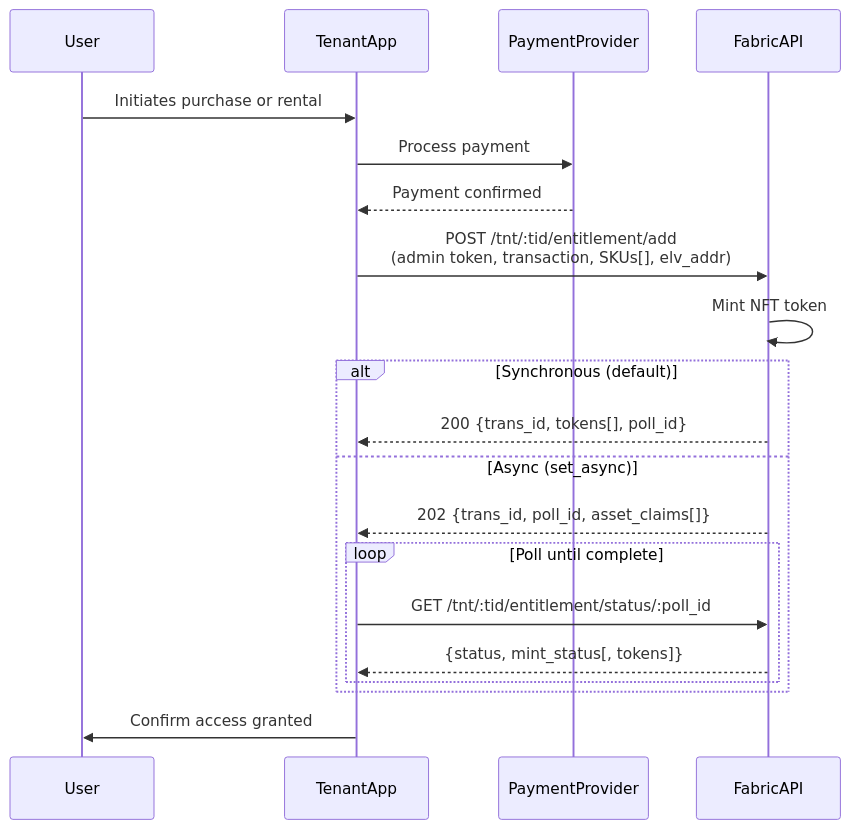
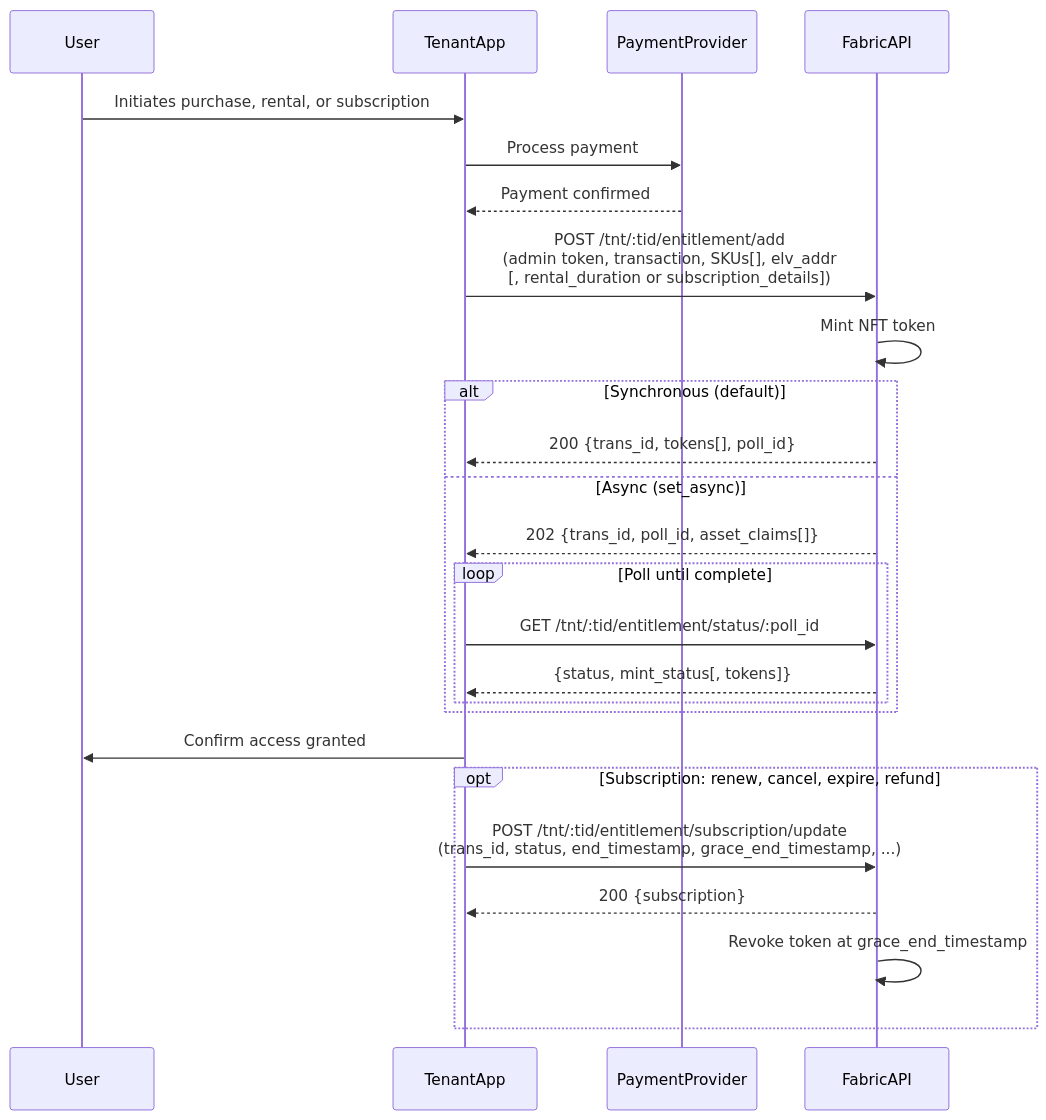
One commit to eluv-io/elv-docs changed the diagram in media-wallet/purchase/entitlements/README.md. Above: the diagram before and after it, drawn with Mermaid. The commit also changed other lines of this file and 8 other files, not shown here.

````diff
--- a/media-wallet/purchase/entitlements/README.md
+++ b/media-wallet/purchase/entitlements/README.md
@@ -10,25 +11,31 @@
 ```mermaid
 sequenceDiagram
     participant User
     participant TenantApp
     participant PaymentProvider
     participant FabricAPI
 
-    User->>TenantApp: Initiates purchase or rental
+    User->>TenantApp: Initiates purchase, rental, or subscription
     TenantApp->>PaymentProvider: Process payment
     PaymentProvider-->>TenantApp: Payment confirmed
-    TenantApp->>FabricAPI: POST /tnt/:tid/entitlement/add<br/>(admin token, transaction, SKUs[], elv_addr)
+    TenantApp->>FabricAPI: POST /tnt/:tid/entitlement/add<br/>(admin token, transaction, SKUs[], elv_addr<br/>[, rental_duration or subscription_details])
     FabricAPI->>FabricAPI: Mint NFT token
 
     alt Synchronous (default)
         FabricAPI-->>TenantApp: 200 {trans_id, tokens[], poll_id}
     else Async (set_async)
         FabricAPI-->>TenantApp: 202 {trans_id, poll_id, asset_claims[]}
         loop Poll until complete
             TenantApp->>FabricAPI: GET /tnt/:tid/entitlement/status/:poll_id
             FabricAPI-->>TenantApp: {status, mint_status[, tokens]}
         end
     end
 
     TenantApp->>User: Confirm access granted
+
+    opt Subscription: renew, cancel, expire, refund
+        TenantApp->>FabricAPI: POST /tnt/:tid/entitlement/subscription/update<br/>(trans_id, status, end_timestamp, grace_end_timestamp, ...)
+        FabricAPI-->>TenantApp: 200 {subscription}
+        FabricAPI->>FabricAPI: Revoke token at grace_end_timestamp
+    end
 ```
````
